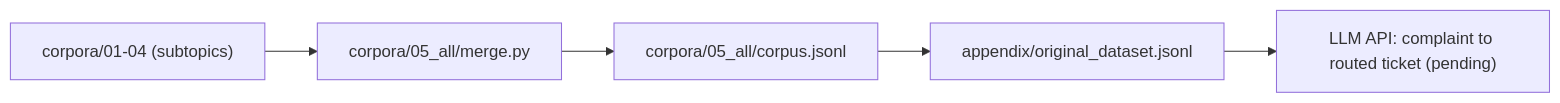
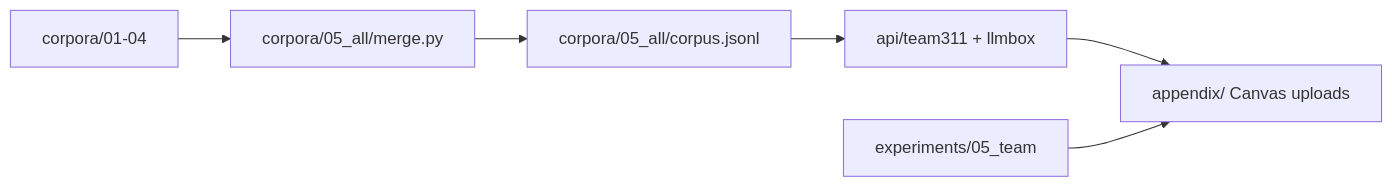
One commit to rzrizaldy/cmu_application_nlx_llm_team3 changed the diagram in README.md. Above: the diagram before and after it, drawn with Mermaid. The commit also changed other lines of this file and 442 other files, not shown here.

Commit message:
Add A2 member experiments, team LLMBox API, intake splits, and guardrail probe scoring

````diff
--- a/README.md
+++ b/README.md
@@ -7,7 +5,8 @@
 ```mermaid
 flowchart LR
-  corpora["corpora/01-04 (subtopics)"] --> merge["corpora/05_all/merge.py"]
+  corpora["corpora/01-04"] --> merge["corpora/05_all/merge.py"]
   merge --> kb["corpora/05_all/corpus.jsonl"]
-  kb --> original["appendix/original_dataset.jsonl"]
-  original --> api["LLM API: complaint to routed ticket (pending)"]
+  kb --> api["api/team311 + llmbox"]
+  api --> appendix["appendix/ Canvas uploads"]
+  experiments["experiments/05_team"] --> appendix
 ```
````
